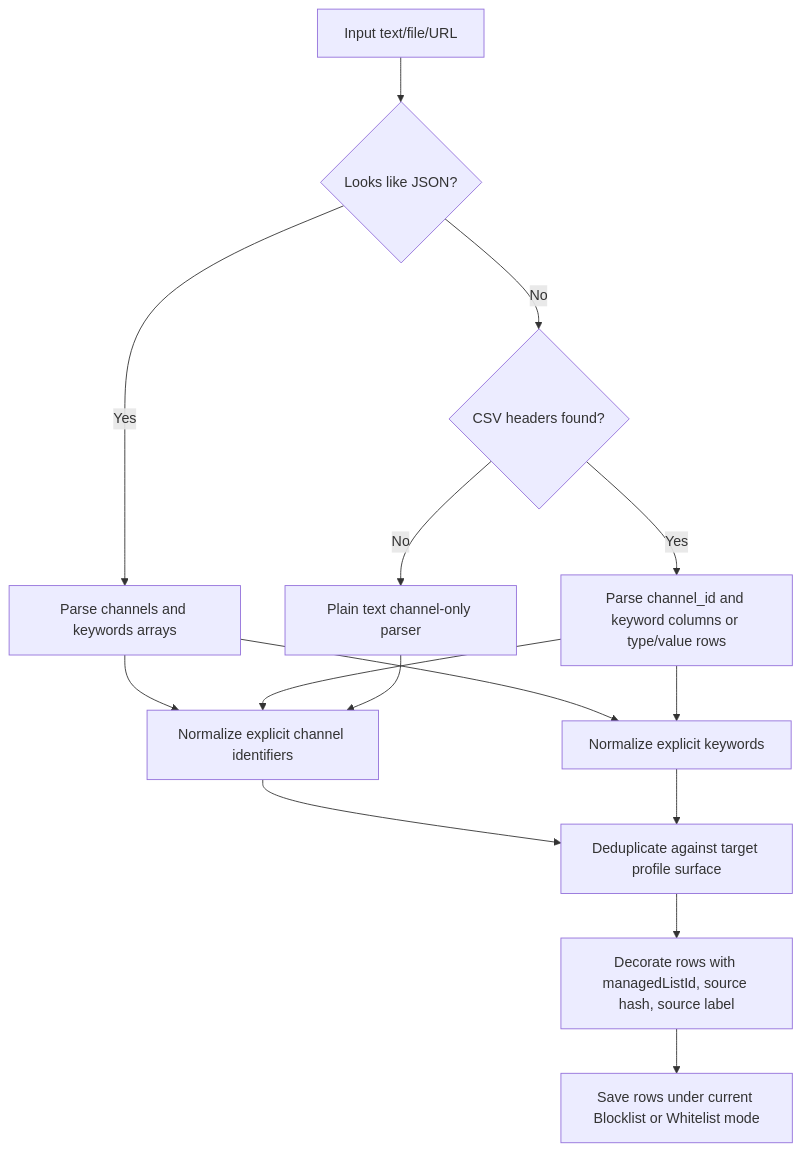
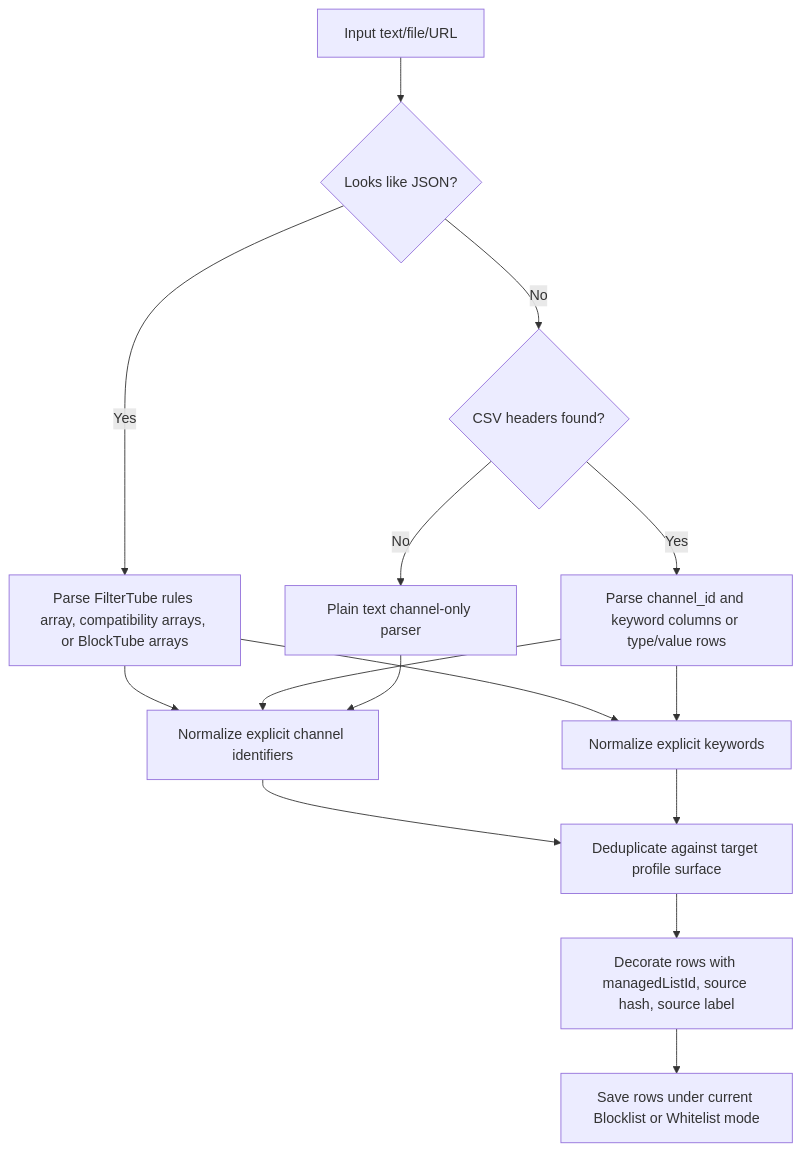
Before and after one commit to varshneydevansh/FilterTube: the second of 3 diagrams in docs/audit/FILTERTUBE_MANAGED_IMPORT_LIST_FORMAT_2026-06-18.md, drawn with Mermaid. The commit also changed other lines of this file and 3 other files, not shown here.

````diff
--- a/docs/audit/FILTERTUBE_MANAGED_IMPORT_LIST_FORMAT_2026-06-18.md
+++ b/docs/audit/FILTERTUBE_MANAGED_IMPORT_LIST_FORMAT_2026-06-18.md
@@ -244,17 +261,17 @@
 ```mermaid
 flowchart TD
     A["Input text/file/URL"] --> B{"Looks like JSON?"}
-    B -- "Yes" --> C["Parse channels and keywords arrays"]
+    B -- "Yes" --> C["Parse FilterTube rules array, compatibility arrays, or BlockTube arrays"]
     B -- "No" --> D{"CSV headers found?"}
     D -- "Yes" --> E["Parse channel_id and keyword columns or type/value rows"]
     D -- "No" --> F["Plain text channel-only parser"]
     C --> G["Normalize explicit channel identifiers"]
     E --> G
     F --> G
     C --> H["Normalize explicit keywords"]
     E --> H
     G --> I["Deduplicate against target profile surface"]
     H --> I
     I --> J["Decorate rows with managedListId, source hash, source label"]
     J --> K["Save rows under current Blocklist or Whitelist mode"]
 ```
````
